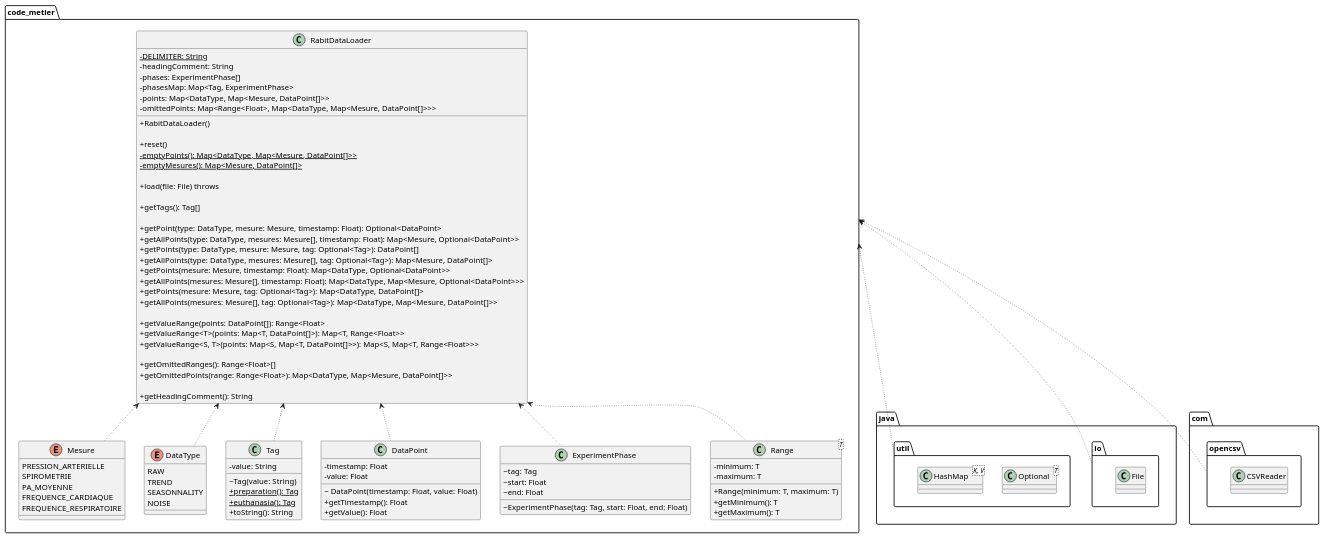
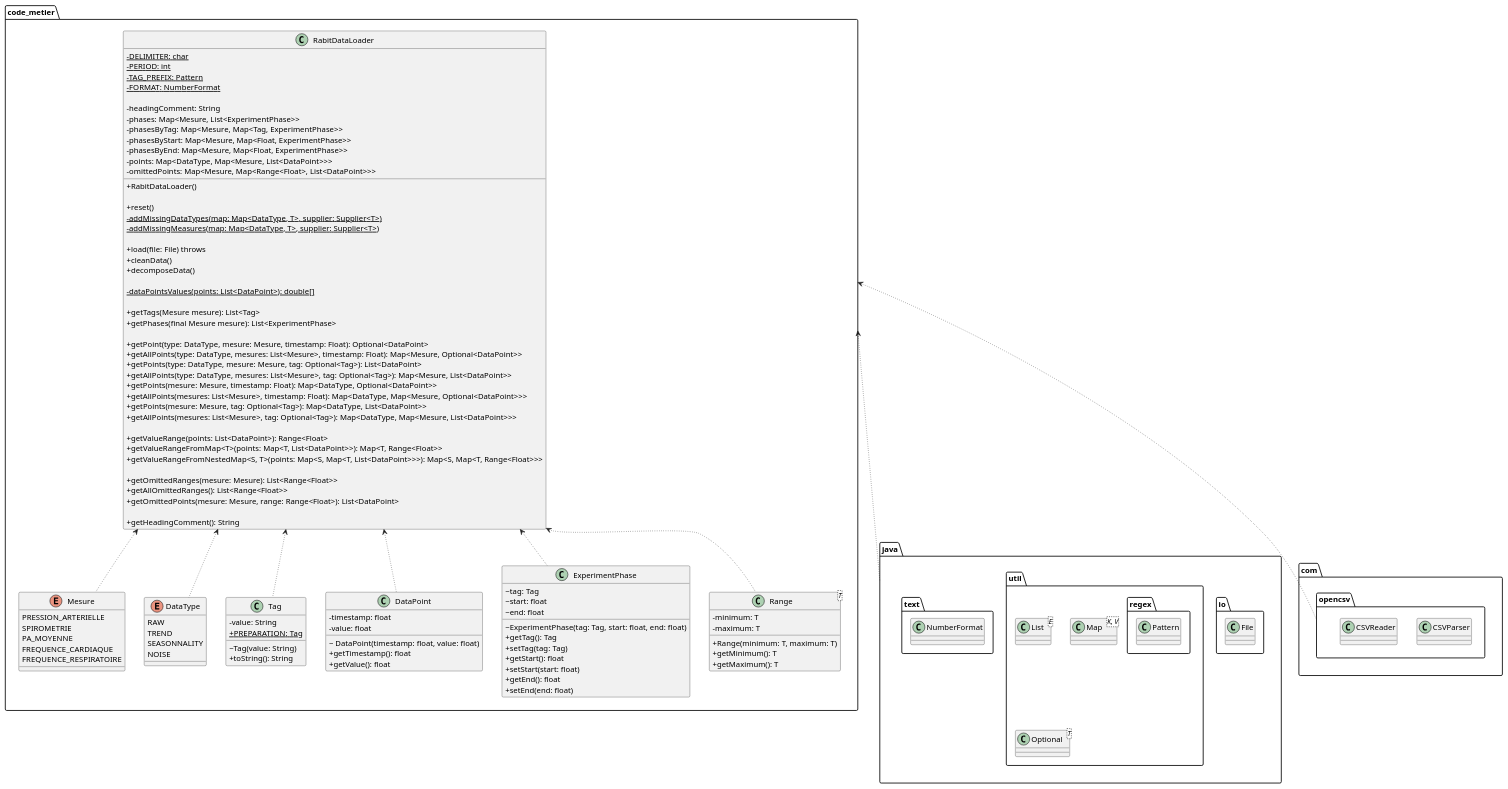
One commit to RemiBardon/imt-fil-a1-acdc-projet-lapin-robot changed the diagram in README.md. Above: the diagram before and after it, drawn with PlantUML. The commit also changed other lines of this file and 17 other files, not shown here.

Commit message:
Add data cleaning and tag reading/usage

```diff
--- a/README.md
+++ b/README.md
@@ -92,16 +98,26 @@
 'Désactiver l'affichage en couleur des icônes de visibilité'
 skinparam classAttributeIconSize 0
 
-package java.io {
-    class File
-}
+package java {
+    package io {
+        class File
+    }
+    package util {
+        class List<E>
+        class Map<K, V>
+        class Optional<T>
 
-package java.util {
-    class Optional<T>
-    class HashMap<K, V>
+        package regex {
+            class Pattern
+        }
+    }
+    package text {
+        class NumberFormat
+    }
 }
 
 package com.opencsv {
+    class CSVParser
     class CSVReader
 }
 
@@ -124,25 +140,30 @@
 
     class Tag {
         - value: String
+        + {static} PREPARATION: Tag
         ~ Tag(value: String)
-        + {static} preparation(): Tag
-        + {static} euthanasia(): Tag
         + toString(): String
     }
 
     class DataPoint {
-        - timestamp: Float
-        - value: Float
-        ~ DataPoint(timestamp: Float, value: Float)
-        + getTimestamp(): Float
-        + getValue(): Float
+        - timestamp: float
+        - value: float
+        ~ DataPoint(timestamp: float, value: float)
+        + getTimestamp(): float
+        + getValue(): float
     }
 
     class ExperimentPhase {
         ~ tag: Tag
-        ~ start: Float
-        ~ end: Float
-        ~ ExperimentPhase(tag: Tag, start: Float, end: Float)
+        ~ start: float
+        ~ end: float
+        ~ ExperimentPhase(tag: Tag, start: float, end: float)
+        + getTag(): Tag
+        + setTag(tag: Tag)
+        + getStart(): float
+        + setStart(start: float)
+        + getEnd(): float
+        + setEnd(end: float)
     }
     
     class Range<T> {
@@ -154,37 +175,50 @@
     }
 
     class RabitDataLoader {
-        - {static} DELIMITER: String
+        - {static} DELIMITER: char
+        - {static} PERIOD: int
+        - {static} TAG_PREFIX: Pattern
+        - {static} FORMAT: NumberFormat
+
         - headingComment: String
-        - phases: ExperimentPhase[]
-        - phasesMap: Map<Tag, ExperimentPhase>
-        - points: Map<DataType, Map<Mesure, DataPoint[]>>
-        - omittedPoints: Map<Range<Float>, Map<DataType, Map<Mesure, DataPoint[]>>>
+        - phases: Map<Mesure, List<ExperimentPhase>>
+        - phasesByTag: Map<Mesure, Map<Tag, ExperimentPhase>>
+        - phasesByStart: Map<Mesure, Map<Float, ExperimentPhase>>
+        - phasesByEnd: Map<Mesure, Map<Float, ExperimentPhase>>
+        - points: Map<DataType, Map<Mesure, List<DataPoint>>>
+        - omittedPoints: Map<Mesure, Map<Range<Float>, List<DataPoint>>>
+
         + RabitDataLoader()
 
         + reset()
-        - {static} emptyPoints(): Map<DataType, Map<Mesure, DataPoint[]>>
-        - {static} emptyMesures(): Map<Mesure, DataPoint[]>
+        - {static} addMissingDataTypes(map: Map<DataType, T>, supplier: Supplier<T>)
+        - {static} addMissingMeasures(map: Map<DataType, T>, supplier: Supplier<T>)
 
         + load(file: File) throws
+        + cleanData()
+        + decomposeData()
 
-        + getTags(): Tag[]
+        - {static} dataPointsValues(points: List<DataPoint>): double[]
+
+        + getTags(Mesure mesure): List<Tag>
+        + getPhases(final Mesure mesure): List<ExperimentPhase>
 
         + getPoint(type: DataType, mesure: Mesure, timestamp: Float): Optional<DataPoint>
-        + getAllPoints(type: DataType, mesures: Mesure[], timestamp: Float): Map<Mesure, Optional<DataPoint>>
-        + getPoints(type: DataType, mesure: Mesure, tag: Optional<Tag>): DataPoint[]
-        + getAllPoints(type: DataType, mesures: Mesure[], tag: Optional<Tag>): Map<Mesure, DataPoint[]>
+        + getAllPoints(type: DataType, mesures: List<Mesure>, timestamp: Float): Map<Mesure, Optional<DataPoint>>
+        + getPoints(type: DataType, mesure: Mesure, tag: Optional<Tag>): List<DataPoint>
+        + getAllPoints(type: DataType, mesures: List<Mesure>, tag: Optional<Tag>): Map<Mesure, List<DataPoint>>
         + getPoints(mesure: Mesure, timestamp: Float): Map<DataType, Optional<DataPoint>>
-        + getAllPoints(mesures: Mesure[], timestamp: Float): Map<DataType, Map<Mesure, Optional<DataPoint>>>
-        + getPoints(mesure: Mesure, tag: Optional<Tag>): Map<DataType, DataPoint[]>
-        + getAllPoints(mesures: Mesure[], tag: Optional<Tag>): Map<DataType, Map<Mesure, DataPoint[]>>
+        + getAllPoints(mesures: List<Mesure>, timestamp: Float): Map<DataType, Map<Mesure, Optional<DataPoint>>>
+        + getPoints(mesure: Mesure, tag: Optional<Tag>): Map<DataType, List<DataPoint>>
+        + getAllPoints(mesures: List<Mesure>, tag: Optional<Tag>): Map<DataType, Map<Mesure, List<DataPoint>>>
 
-        + getValueRange(points: DataPoint[]): Range<Float>
-        + getValueRange<T>(points: Map<T, DataPoint[]>): Map<T, Range<Float>>
-        + getValueRange<S, T>(points: Map<S, Map<T, DataPoint[]>>): Map<S, Map<T, Range<Float>>>
+        + getValueRange(points: List<DataPoint>): Range<Float>
+        + getValueRangeFromMap<T>(points: Map<T, List<DataPoint>>): Map<T, Range<Float>>
+        + getValueRangeFromNestedMap<S, T>(points: Map<S, Map<T, List<DataPoint>>>): Map<S, Map<T, Range<Float>>>
 
-        + getOmittedRanges(): Range<Float>[]
-        + getOmittedPoints(range: Range<Float>): Map<DataType, Map<Mesure, DataPoint[]>>
+        + getOmittedRanges(mesure: Mesure): List<Range<Float>>
+        + getAllOmittedRanges(): List<Range<Float>>
+        + getOmittedPoints(mesure: Mesure, range: Range<Float>): List<DataPoint>
 
         + getHeadingComment(): String
     }
@@ -198,7 +232,6 @@
 
 }
 
-code_metier <-down[dotted]- java.util
-code_metier <-down[dotted]- java.io
+code_metier <-down[dotted]- java
 code_metier <-down[dotted]- com.opencsv
 @enduml
```
